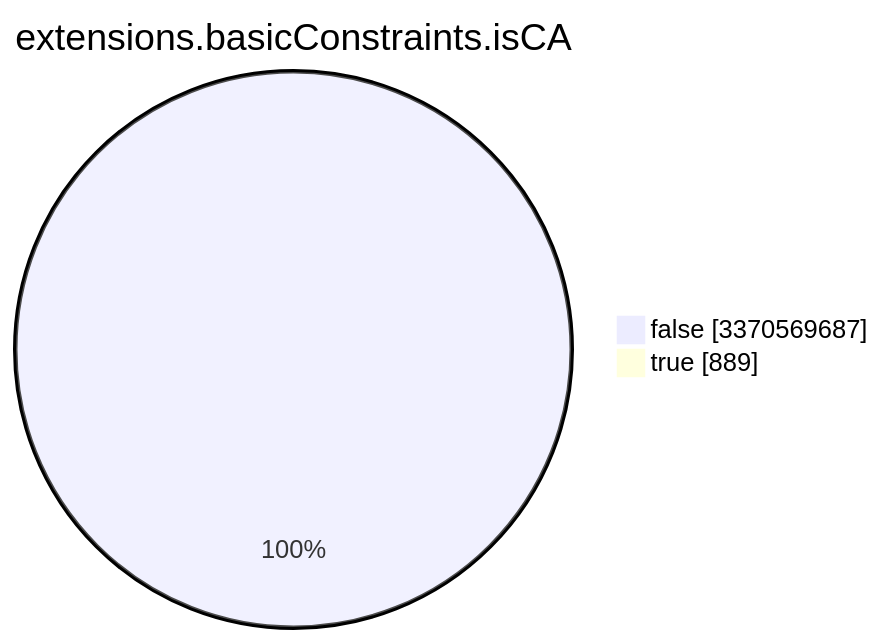
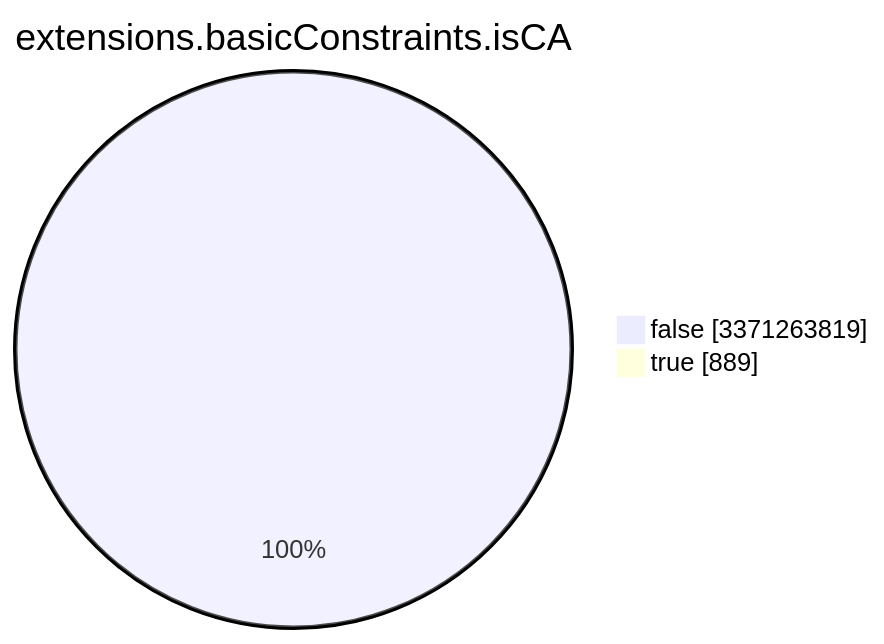
The seventh of 15 diagrams in TOTAL/README.md (christiankrug/ctmonitor_visualization), drawn with Mermaid before and after one commit. The commit also changed other lines of this file, not shown here.

````diff
--- a/TOTAL/README.md
+++ b/TOTAL/README.md
@@ -3090,6 +3090,6 @@
 ```mermaid
 pie showData
 title extensions.basicConstraints.isCA
-"false" :3370569687
+"false" :3371263819
 "true" :889
 ```
````
